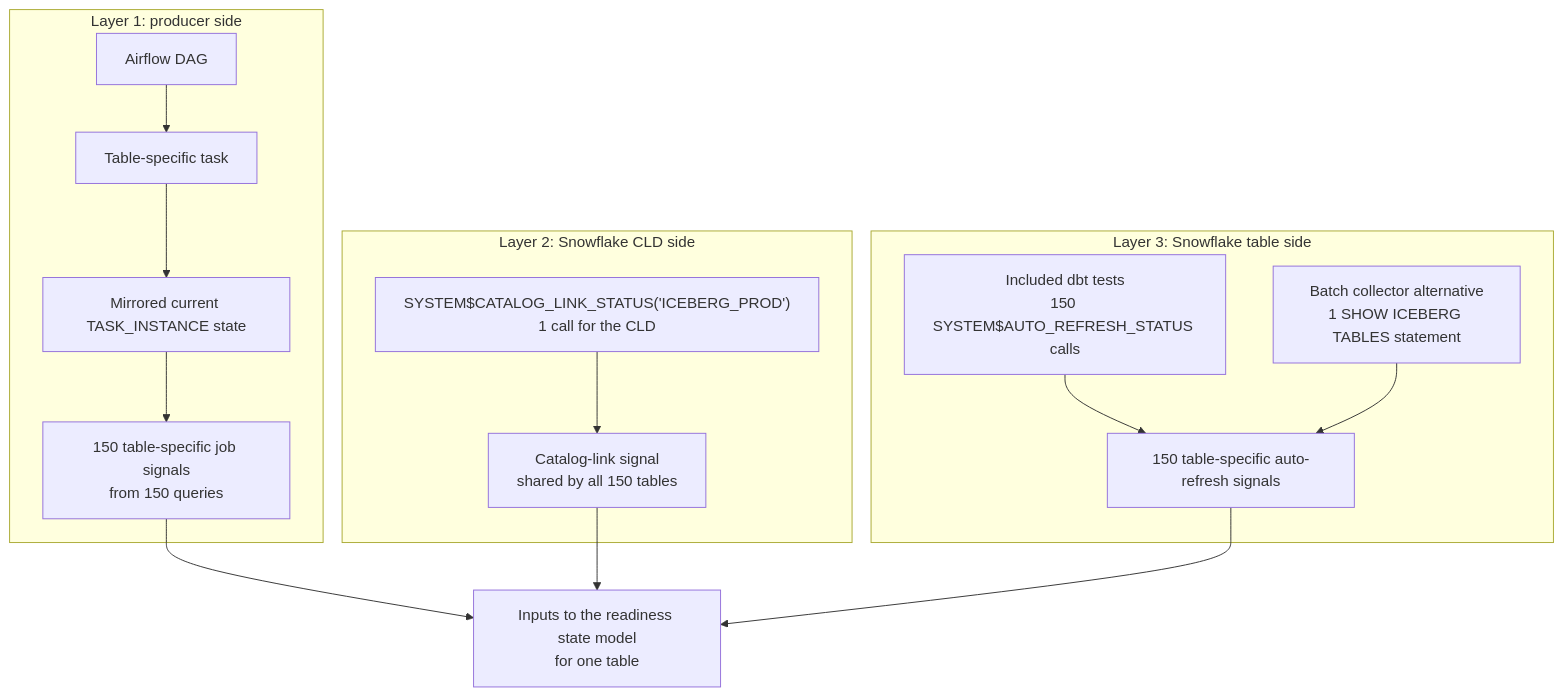
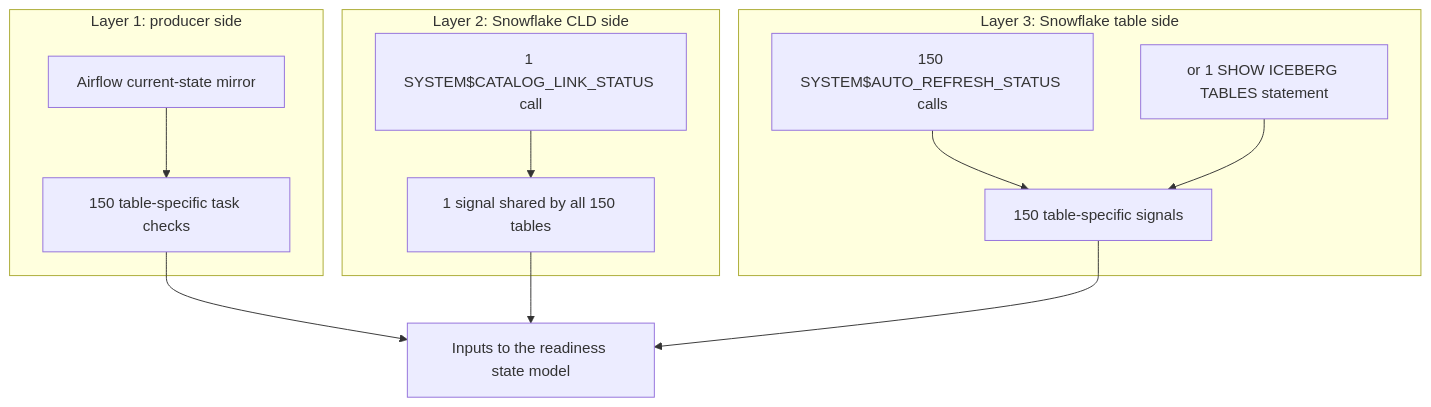
The diagram in observability/dbt_source_readiness/README.md (dymytryo/airflow), drawn with Mermaid before and after one commit. The commit also changed other lines of this file, not shown here.

Commit message:
Condense source readiness guide

````diff
--- a/observability/dbt_source_readiness/README.md
+++ b/observability/dbt_source_readiness/README.md
@@ -10,24 +9,23 @@
 ```mermaid
 flowchart TB
-    subgraph layer_1["Layer 1: producer side"]
-        airflow["Airflow DAG"] --> mapped_task["Table-specific task"]
-        mapped_task --> history["Mirrored current TASK_INSTANCE state"]
-        history --> job_signal["150 table-specific job signals<br/>from 150 queries"]
+    subgraph producer["Layer 1: producer side"]
+        airflow["Airflow current-state mirror"]
+        airflow --> job["150 table-specific task checks"]
     end
 
-    subgraph layer_2["Layer 2: Snowflake CLD side"]
-        cld_call["SYSTEM$CATALOG_LINK_STATUS('ICEBERG_PROD')<br/>1 call for the CLD"]
-        cld_call --> cld_signal["Catalog-link signal<br/>shared by all 150 tables"]
+    subgraph cld["Layer 2: Snowflake CLD side"]
+        link["1 SYSTEM$CATALOG_LINK_STATUS call"]
+        link --> shared["1 signal shared by all 150 tables"]
     end
 
-    subgraph layer_3["Layer 3: Snowflake table side"]
-        table_calls["Included dbt tests<br/>150 SYSTEM$AUTO_REFRESH_STATUS calls"]
-        batch_show["Batch collector alternative<br/>1 SHOW ICEBERG TABLES statement"]
-        table_calls --> table_signal["150 table-specific auto-refresh signals"]
-        batch_show --> table_signal
+    subgraph tables["Layer 3: Snowflake table side"]
+        functions["150 SYSTEM$AUTO_REFRESH_STATUS calls"]
+        batch["or 1 SHOW ICEBERG TABLES statement"]
+        functions --> refresh["150 table-specific signals"]
+        batch --> refresh
     end
 
-    job_signal --> ready["Inputs to the readiness state model<br/>for one table"]
-    cld_signal --> ready
-    table_signal --> ready
+    job --> state["Inputs to the readiness state model"]
+    shared --> state
+    refresh --> state
 ```
````
